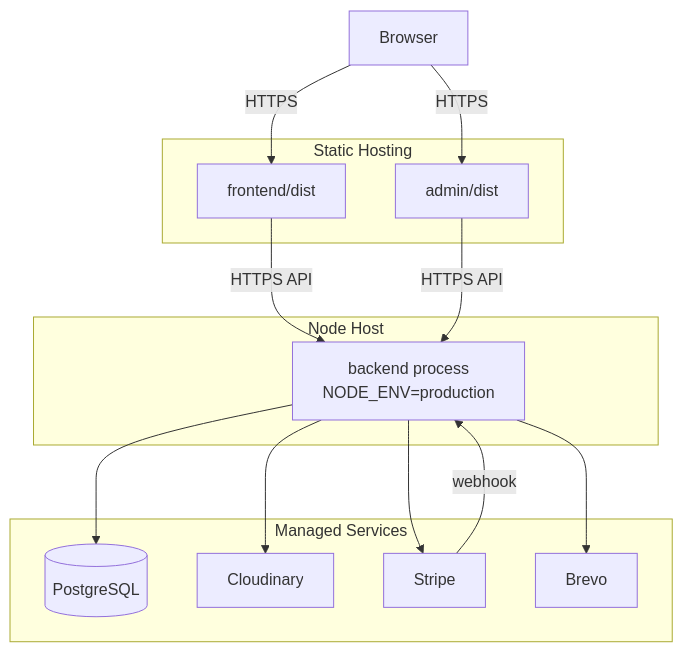
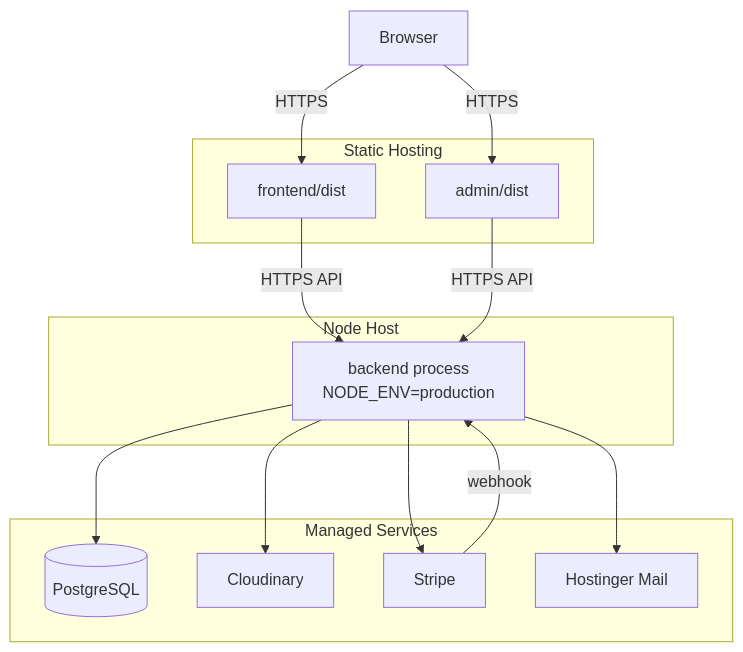
One commit to Rafy-Tho/LearnSphere changed the sixth of 7 diagrams in docs/diagrams/architecture.md. Above: the diagram before and after it, drawn with Mermaid. The commit also changed other lines of this file and 6 other files, not shown here.

````diff
--- a/docs/diagrams/architecture.md
+++ b/docs/diagrams/architecture.md
@@ -121,25 +123,25 @@
 ```mermaid
 flowchart TB
   subgraph Static Hosting
     FE[frontend/dist]
     AD[admin/dist]
   end
   subgraph Node Host
     API[backend process<br/>NODE_ENV=production]
   end
   subgraph Managed Services
     PG[(PostgreSQL)]
     CL[Cloudinary]
     ST[Stripe]
-    BR[Brevo]
+    HM[Hostinger Mail]
   end
   Browser -->|HTTPS| FE
   Browser -->|HTTPS| AD
   FE -->|HTTPS API| API
   AD -->|HTTPS API| API
   API --> PG
   API --> CL
   API --> ST
-  API --> BR
+  API --> HM
   ST -->|webhook| API
 ```
````
